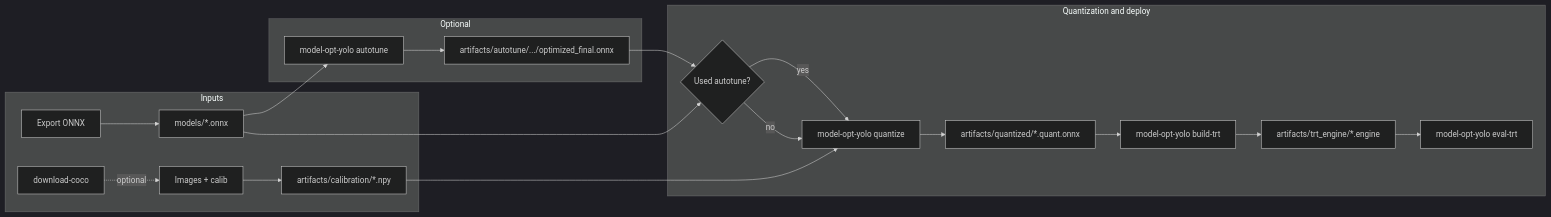
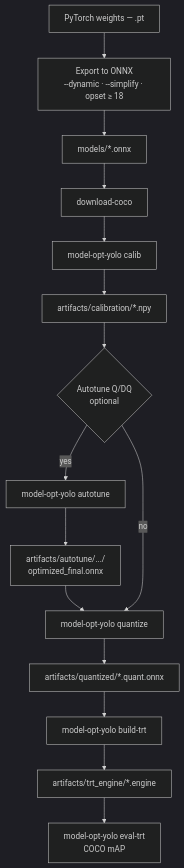
Before and after one commit to levipereira/Model-Optimizer-ONNX: the diagram in docs/workflow.md, drawn with Mermaid (dark theme). The commit also changed other lines of this file and 2 other files, not shown here.

````diff
--- a/docs/workflow.md
+++ b/docs/workflow.md
@@ -5,24 +7,17 @@
 ```mermaid
-flowchart LR
-  subgraph prep [Inputs]
-    DC[download-coco] -.->|optional| IM[Images + calib]
-    A[Export ONNX] --> B[models/*.onnx]
-    IM --> D[artifacts/calibration/*.npy]
-  end
-  subgraph optional [Optional]
-    B --> E[model-opt-yolo autotune]
-    E --> F[artifacts/autotune/.../optimized_final.onnx]
-  end
-  subgraph core [Quantization and deploy]
-    G{Used autotune?}
-    F --> G
-    B --> G
-    G -->|yes| H[model-opt-yolo quantize]
-    G -->|no| H
-    D --> H
-    H --> I[artifacts/quantized/*.quant.onnx]
-    I --> J[model-opt-yolo build-trt]
-    J --> K[artifacts/trt_engine/*.engine]
-    K --> L[model-opt-yolo eval-trt]
-  end
+flowchart TD
+  A[PyTorch weights — .pt] --> B[Export to ONNX<br/>--dynamic · --simplify · opset ≥ 18]
+  B --> C[models/*.onnx]
+  C --> H[download-coco]
+  H --> I[model-opt-yolo calib]
+  I --> J[artifacts/calibration/*.npy]
+  J --> K{Autotune Q/DQ<br/>optional}
+  K -->|yes| E[model-opt-yolo autotune]
+  E --> F[artifacts/autotune/.../<br/>optimized_final.onnx]
+  F --> Q[model-opt-yolo quantize]
+  K -->|no| Q
+  Q --> L[artifacts/quantized/*.quant.onnx]
+  L --> M[model-opt-yolo build-trt]
+  M --> N[artifacts/trt_engine/*.engine]
+  N --> O[model-opt-yolo eval-trt<br/>COCO mAP]
 ```
````
